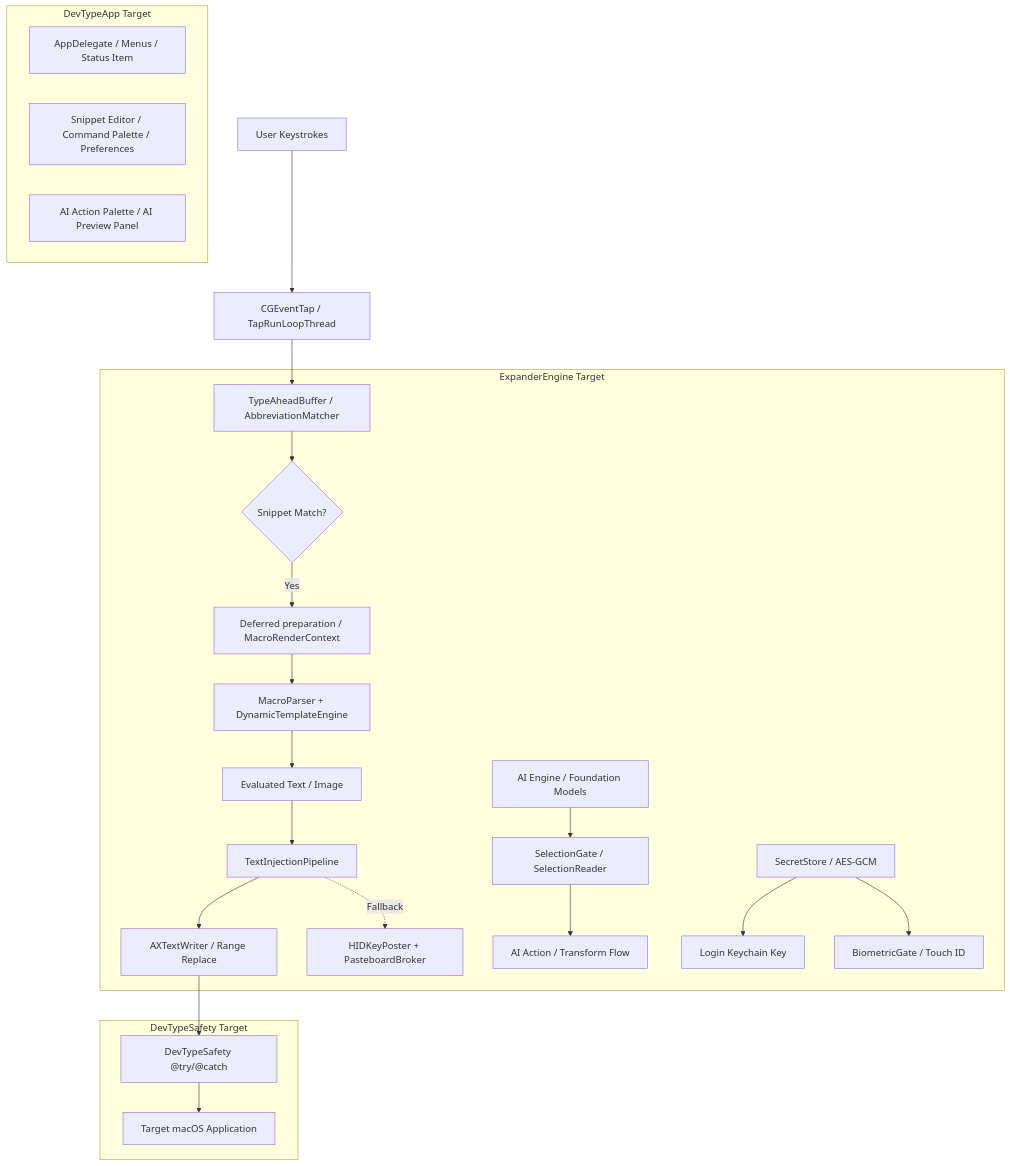
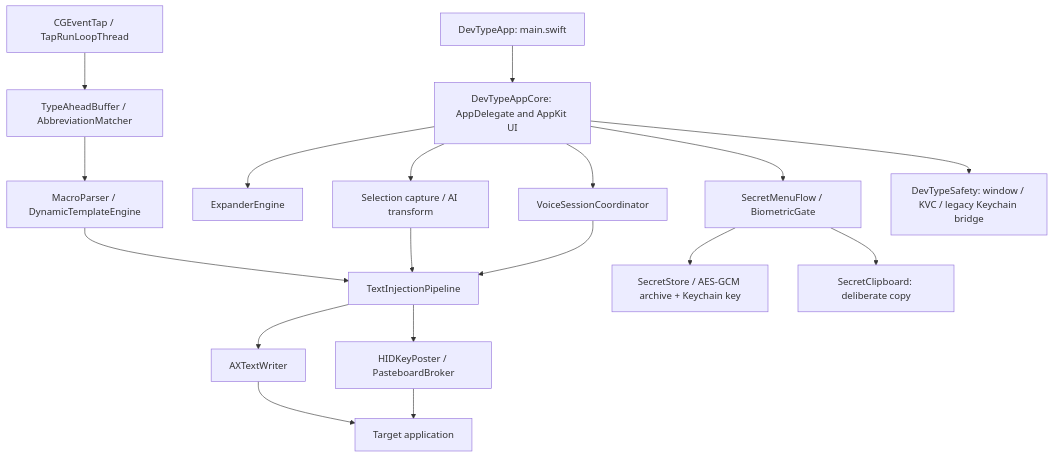
The first of 3 diagrams in docs/ARCHITECTURE.md (bharathvbcr/DevType), drawn with Mermaid before and after one commit. The commit also changed other lines of this file and 27 other files, not shown here.

````diff
--- a/docs/ARCHITECTURE.md
+++ b/docs/ARCHITECTURE.md
@@ -11,33 +13,20 @@
 ```mermaid
-graph TD
-    UserKeystroke[User Keystrokes] --> EventTap[CGEventTap / TapRunLoopThread]
-    EventTap --> Buffer[TypeAheadBuffer / AbbreviationMatcher]
-    
-    subgraph ExpanderEngine Target
-        Buffer --> MatchFound{Snippet Match?}
-        MatchFound -- Yes --> Prepare[Deferred preparation / MacroRenderContext]
-        Prepare --> MacroEngine[MacroParser + DynamicTemplateEngine]
-        MacroEngine --> RenderedText[Evaluated Text / Image]
-        RenderedText --> InjectPipeline[TextInjectionPipeline]
-        
-        InjectPipeline --> AXWriter[AXTextWriter / Range Replace]
-        InjectPipeline -. Fallback .-> HIDPoster[HIDKeyPoster + PasteboardBroker]
-        
-        AIStore[AI Engine / Foundation Models] --> SelectionGate[SelectionGate / SelectionReader]
-        SelectionGate --> AIAction[AI Action / Transform Flow]
-        
-        SecretStore[SecretStore / AES-GCM] --> KeychainKey[Login Keychain Key]
-        SecretStore --> Biometrics[BiometricGate / Touch ID]
-    end
-
-    subgraph DevTypeSafety Target
-        AXWriter --> ObjCTrampoline[DevTypeSafety @try/@catch]
-        ObjCTrampoline --> TargetApp[Target macOS Application]
-    end
-
-    subgraph DevTypeApp Target
-        AppDelegate[AppDelegate / Menus / Status Item]
-        UIViews[Snippet Editor / Command Palette / Preferences]
-        AIViews[AI Action Palette / AI Preview Panel]
-    end
+flowchart TD
+    Entry[DevTypeApp: main.swift] --> App[DevTypeAppCore: AppDelegate and AppKit UI]
+    App --> Engine[ExpanderEngine]
+    Input[CGEventTap / TapRunLoopThread] --> Match[TypeAheadBuffer / AbbreviationMatcher]
+    Match --> Render[MacroParser / DynamicTemplateEngine]
+    Render --> Inject[TextInjectionPipeline]
+    App --> Select[Selection capture / AI transform]
+    Select --> Inject
+    App --> Voice[VoiceSessionCoordinator]
+    Voice --> Inject
+    Inject --> AX[AXTextWriter]
+    Inject --> Paste[HIDKeyPoster / PasteboardBroker]
+    AX --> Target[Target application]
+    Paste --> Target
+    App --> Gate[SecretMenuFlow / BiometricGate]
+    Gate --> Secret[SecretStore / AES-GCM archive + Keychain key]
+    Gate --> Clipboard[SecretClipboard: deliberate copy]
+    App --> Safety[DevTypeSafety: window / KVC / legacy Keychain bridge]
 ```
````
